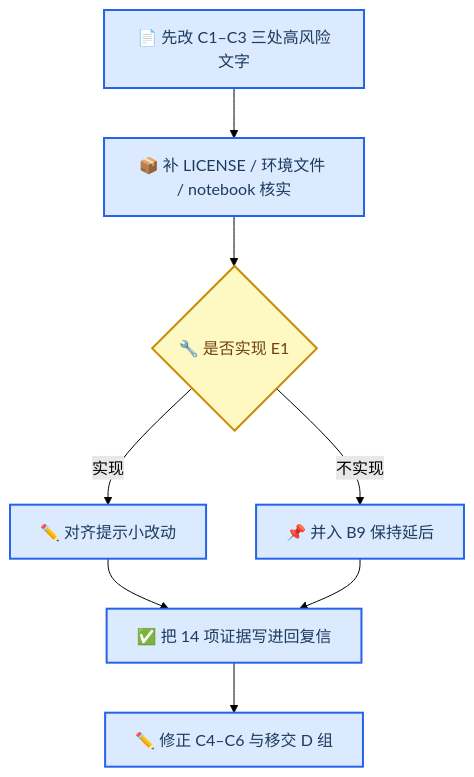
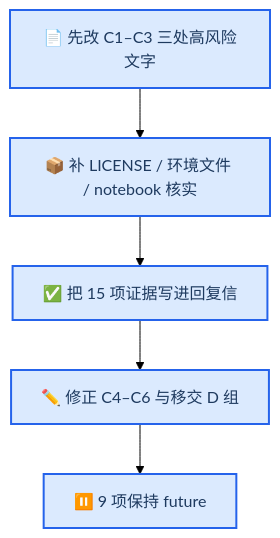
One commit to zhaizhaoyu98/MALER_server changed the diagram in docs/code-tasks.md. Above: the diagram before and after it, drawn with Mermaid (forest theme). The commit also changed other lines of this file and 1 other file, not shown here.

Commit message:
docs: update reviewer mapping and add response letter checklist

````diff
--- a/docs/code-tasks.md
+++ b/docs/code-tasks.md
@@ -144,19 +120,13 @@
 ```mermaid
 flowchart TB
-    accTitle: Reviewer Item Triage
-    accDescr: Text corrections and repository materials come first because they are the least effort and the highest disclosure risk, then the single grey-zone code item is decided, while deferred items stay as future work
+    accTitle: Remaining Reviewer Item Triage
+    accDescr: Text corrections and repository materials come first because they are the least effort and the highest disclosure risk, then the implemented items are turned into response-letter evidence, while deferred items stay as future work
 
     fix[📄 先改 C1–C3 三处高风险文字] --> mat[📦 补 LICENSE / 环境文件 / notebook 核实]
-    mat --> code{🔧 是否实现 E1}
-    code -->|实现| e1[✏️ 对齐提示小改动]
-    code -->|不实现| keep[📌 并入 B9 保持延后]
-    e1 --> ev[✅ 把 14 项证据写进回复信]
-    keep --> ev
+    mat --> ev[✅ 把 15 项证据写进回复信]
     ev --> rest[✏️ 修正 C4–C6 与移交 D 组]
+    rest --> keep[⏸️ 9 项保持 future]
 
     classDef process fill:#dbeafe,stroke:#2563eb,stroke-width:2px,color:#1e3a5f
-    classDef decision fill:#fef9c3,stroke:#ca8a04,stroke-width:2px,color:#713f12
-
-    class fix,mat,e1,keep,ev,rest process
-    class code decision
+    class fix,mat,ev,rest,keep process
 ```
````
